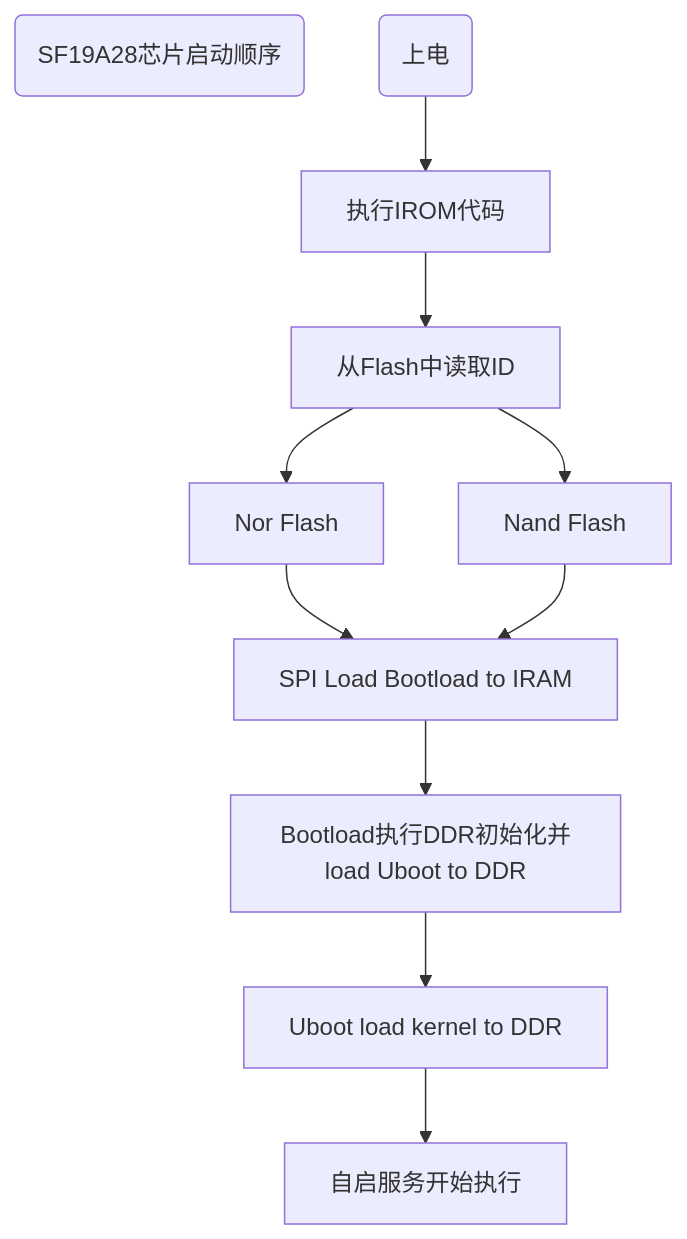
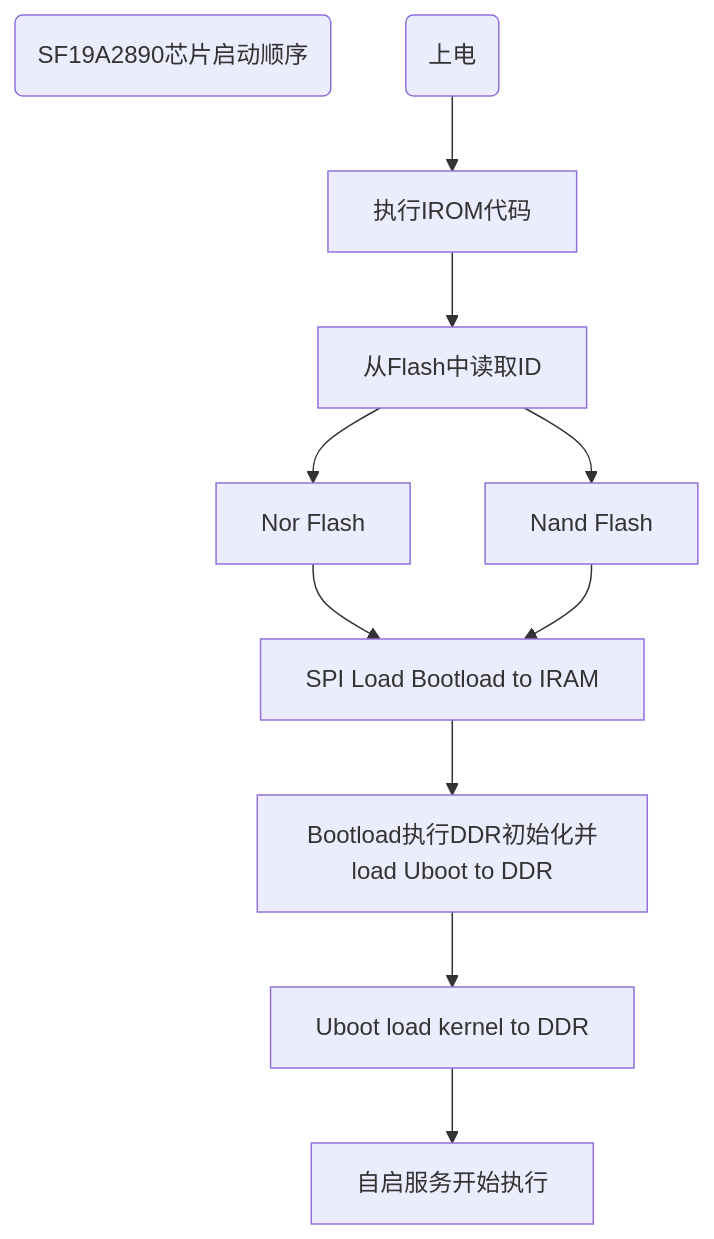
One commit to Siflower/siflower.github.io changed the diagram in _posts/blog/system/2020-09-08-flashPartitionGuide.md. Above: the diagram before and after it, drawn with Mermaid. The commit also changed other lines of this file and 29 other files, not shown here.

````diff
--- a/_posts/blog/system/2020-09-08-flashPartitionGuide.md
+++ b/_posts/blog/system/2020-09-08-flashPartitionGuide.md
@@ -320,13 +320,13 @@
 ```mermaid
 graph TB
-  title(SF19A28芯片启动顺序)
+  title(SF19A2890芯片启动顺序)
   A(上电) --> B[执行IROM代码]
   B --> C[从Flash中读取ID]
   C --> D[Nor Flash]
   C --> E[Nand Flash]
   D --> F[SPI Load Bootload to IRAM]
   E --> F
   F --> G[Bootload执行DDR初始化并load Uboot to DDR]
   G --> H[Uboot load kernel to DDR]
   H --> I[自启服务开始执行]
 ```
````
